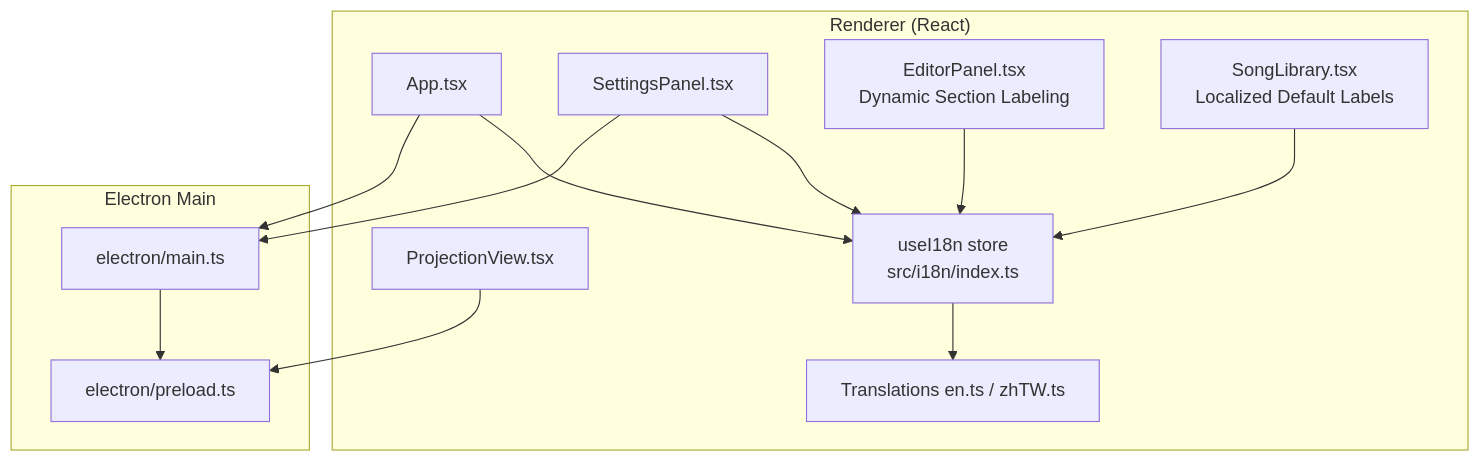
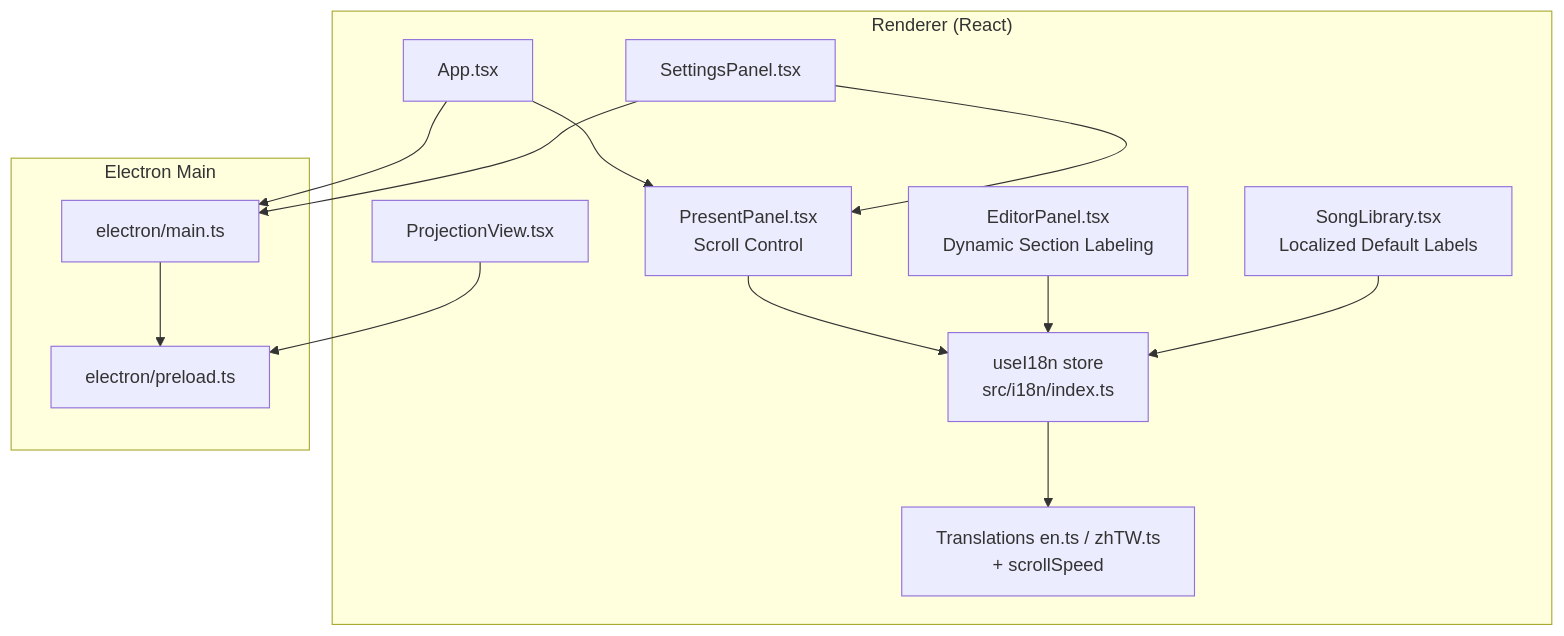
Before and after one commit to jimmywyk/lyricdeck: the first of 6 diagrams in .qoder/repowiki/en/content/Internationalization.md, drawn with Mermaid. The commit also changed other lines of this file and 8 other files, not shown here.

````diff
--- a/.qoder/repowiki/en/content/Internationalization.md
+++ b/.qoder/repowiki/en/content/Internationalization.md
@@ -48,25 +50,27 @@
 ```mermaid
 graph TB
 subgraph "Renderer (React)"
 A["App.tsx"]
 B["SettingsPanel.tsx"]
 C["ProjectionView.tsx"]
-D["useI18n store<br/>src/i18n/index.ts"]
-E["Translations en.ts / zhTW.ts"]
-F["EditorPanel.tsx<br/>Dynamic Section Labeling"]
-G["SongLibrary.tsx<br/>Localized Default Labels"]
+D["PresentPanel.tsx<br/>Scroll Control"]
+E["useI18n store<br/>src/i18n/index.ts"]
+F["Translations en.ts / zhTW.ts<br/>+ scrollSpeed"]
+G["EditorPanel.tsx<br/>Dynamic Section Labeling"]
+H["SongLibrary.tsx<br/>Localized Default Labels"]
 end
 subgraph "Electron Main"
-H["electron/main.ts"]
-I["electron/preload.ts"]
+I["electron/main.ts"]
+J["electron/preload.ts"]
 end
 A --> D
 B --> D
-C --> I
+C --> J
 D --> E
-F --> D
-G --> D
-A --> H
-B --> H
-H --> I
+E --> F
+G --> E
+H --> E
+A --> I
+B --> I
+I --> J
 ```
````
